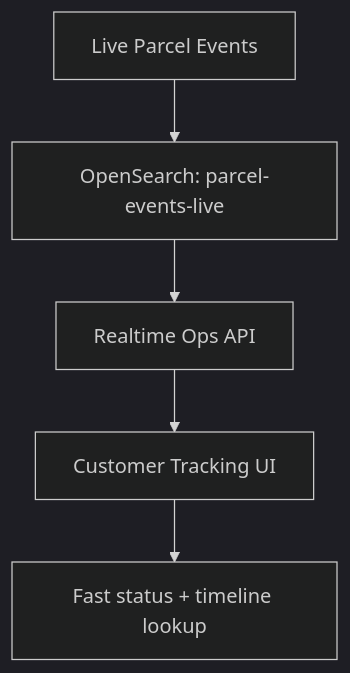
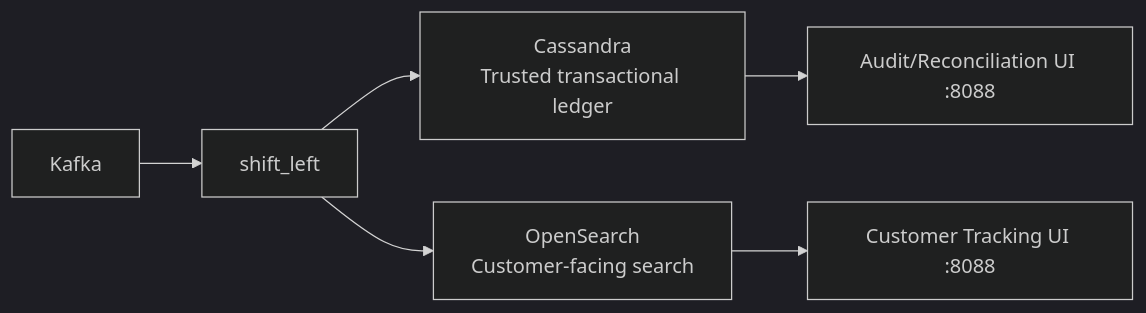
The second of 2 diagrams in 03-realtime-operations/README.md (michelderu/wxd-globalparcel-demo), drawn with Mermaid (dark theme) before and after one commit. The commit also changed other lines of this file and 84 other files, not shown here.

````diff
--- a/03-realtime-operations/README.md
+++ b/03-realtime-operations/README.md
@@ -361,7 +53,8 @@
 ```mermaid
-flowchart TB
-    P[Live Parcel Events] --> O1[OpenSearch: parcel-events-live]
-    O1 --> O2[Realtime Ops API]
-    O2 --> O3[Customer Tracking UI]
-    O3 --> O4[Fast status + timeline lookup]
+flowchart LR
+    Kafka[Kafka] --> T[shift_left]
+    T --> B[Cassandra<br/>Trusted transactional ledger]
+    T --> C[OpenSearch<br/>Customer-facing search]
+    C --> E[Customer Tracking UI :8088]
+    B --> G[Audit/Reconciliation UI :8088]
 ```
````
